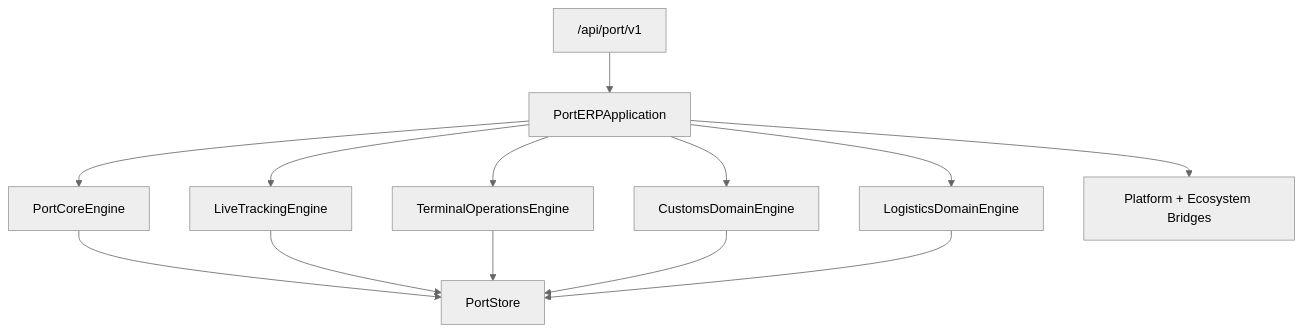
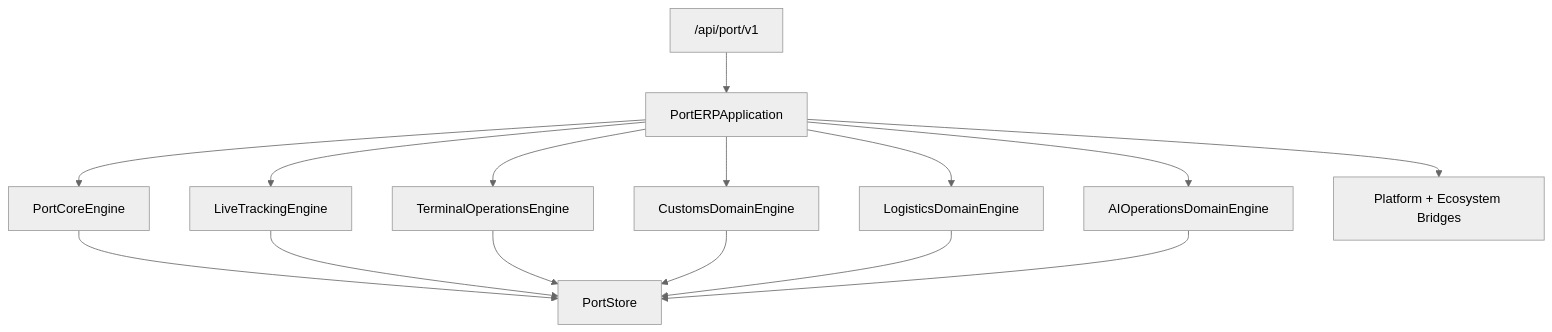
One commit to okeysiri11/telegram-ai-crm-bot changed the diagram in docs/PORT_ERP.md. Above: the diagram before and after it, drawn with Mermaid (neutral theme). The commit also changed other lines of this file and 39 other files, not shown here.

````diff
--- a/docs/PORT_ERP.md
+++ b/docs/PORT_ERP.md
@@ -21,25 +22,28 @@
 ```mermaid
 flowchart TB
     API["/api/port/v1"]
     App[PortERPApplication]
     Core[PortCoreEngine]
     Track[LiveTrackingEngine]
     Terminal[TerminalOperationsEngine]
     Customs[CustomsDomainEngine]
     Logistics[LogisticsDomainEngine]
+    AIOps[AIOperationsDomainEngine]
     Bridges[Platform + Ecosystem Bridges]
     Store[PortStore]
 
     API --> App
     App --> Core
     App --> Track
     App --> Terminal
     App --> Customs
     App --> Logistics
+    App --> AIOps
     Core --> Store
     Track --> Store
     Terminal --> Store
     Customs --> Store
     Logistics --> Store
+    AIOps --> Store
     App --> Bridges
 ```
````
